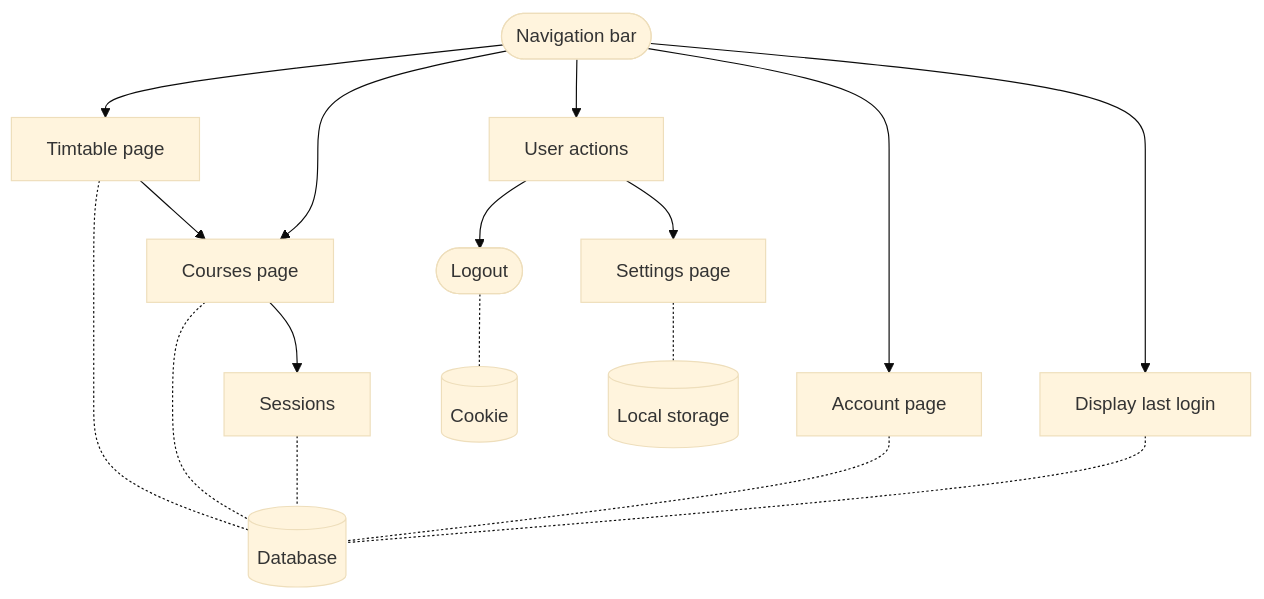
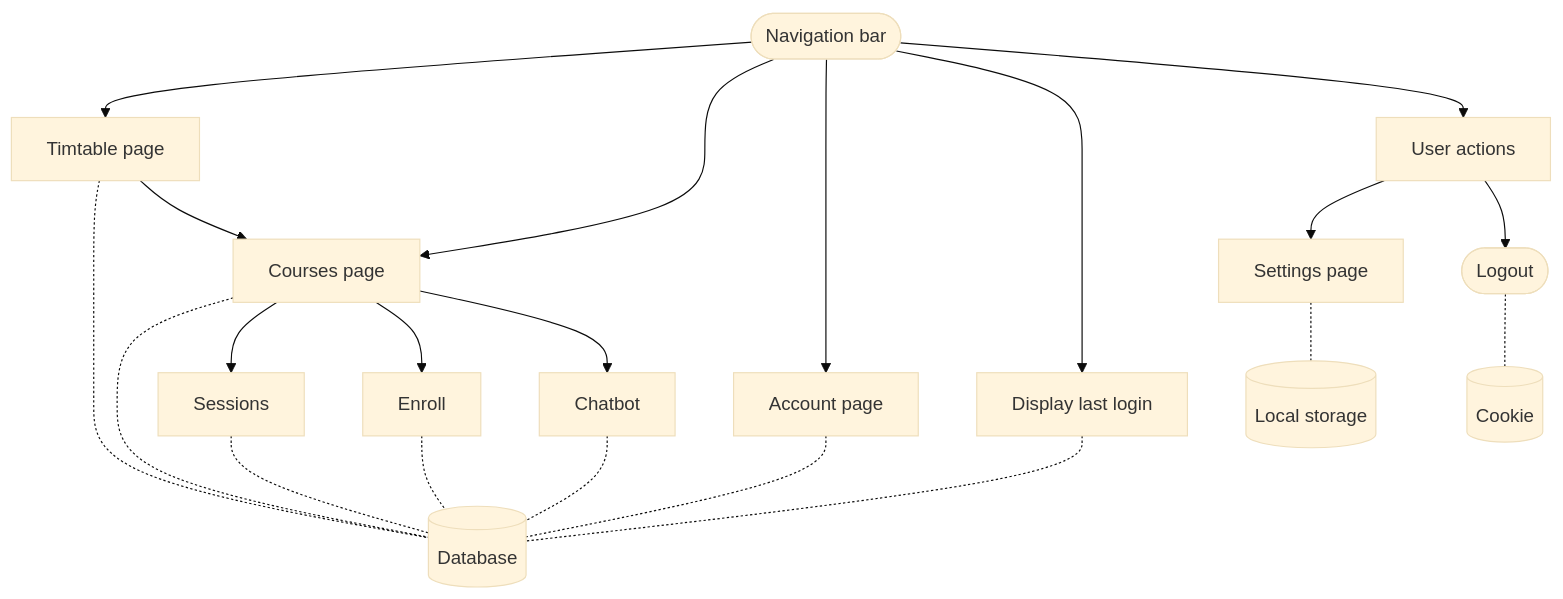
One commit to LioQing/comp3278-icms changed the second of 2 diagrams in README.md. Above: the diagram before and after it, drawn with Mermaid (base theme). The commit also changed other lines of this file, not shown here.

````diff
--- a/README.md
+++ b/README.md
@@ -82,25 +163,28 @@
 ```mermaid
 flowchart TD
+    database[(Database)]
+    timetable -.- database
+    classes -.- database
+    session -.- database
+    enroll -.- database
+    chatbot -.- database
+    account -.- database
+    lastLogin -.- database
+
     navbar([Navigation bar]) --> timetable[Timtable page]
-
-    timetable --> classes
     navbar --> classes[Courses page]
     navbar --> account[Account page]
     navbar --> lastLogin[Display last login]
     navbar --> actions[User actions]
 
-    database[(Database)]
-    timetable -.- database
-    classes -.- database
-    session -.- database
-    account -.- database
-    lastLogin -.- database
-
+    timetable --> classes
     classes --> session[Sessions]
+    classes --> enroll[Enroll]
+    classes --> chatbot[Chatbot]
     
     logout -.- cookie[(Cookie)]
 
     actions --> settings[Settings page]
     settings -.- local[(Local storage)]
     actions --> logout([Logout])
 ```
````
